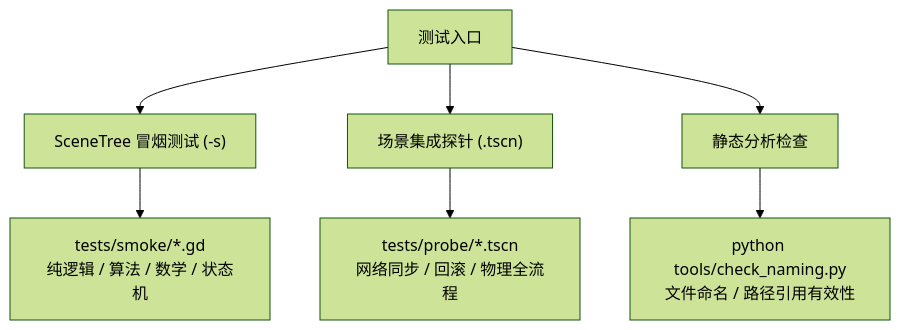
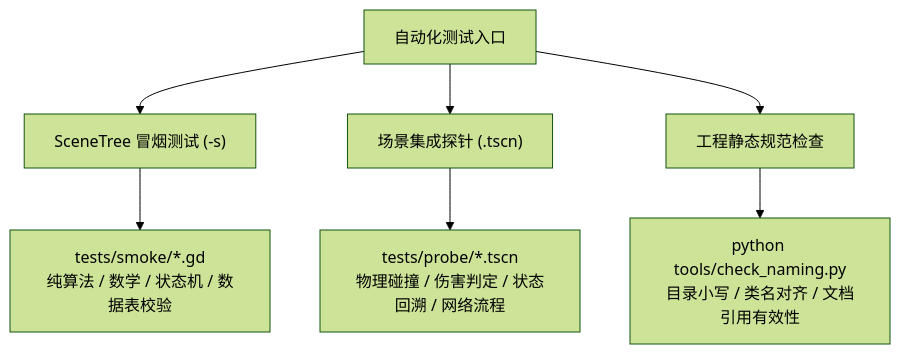
The diagram in docs/eng/tests.md (aleksey-45/the-cyancular-ruins), drawn with Mermaid (forest theme) before and after one commit. The commit also changed other lines of this file and 92 other files, not shown here.

````diff
--- a/docs/eng/tests.md
+++ b/docs/eng/tests.md
@@ -11,10 +11,10 @@
 ```mermaid
 flowchart TD
-    A["测试入口"] --> B["SceneTree 冒烟测试 (-s)"]
+    A["自动化测试入口"] --> B["SceneTree 冒烟测试 (-s)"]
     A --> C["场景集成探针 (.tscn)"]
-    A --> D["静态分析检查"]
+    A --> D["工程静态规范检查"]
     
-    B --> B1["tests/smoke/*.gd<br/>纯逻辑 / 算法 / 数学 / 状态机"]
-    C --> C1["tests/probe/*.tscn<br/>网络同步 / 回滚 / 物理全流程"]
-    D --> D1["python tools/check_naming.py<br/>文件命名 / 路径引用有效性"]
+    B --> B1["tests/smoke/*.gd<br/>纯算法 / 数学 / 状态机 / 数据表校验"]
+    C --> C1["tests/probe/*.tscn<br/>物理碰撞 / 伤害判定 / 状态回溯 / 网络流程"]
+    D --> D1["python tools/check_naming.py<br/>目录小写 / 类名对齐 / 文档引用有效性"]
 ```
````
